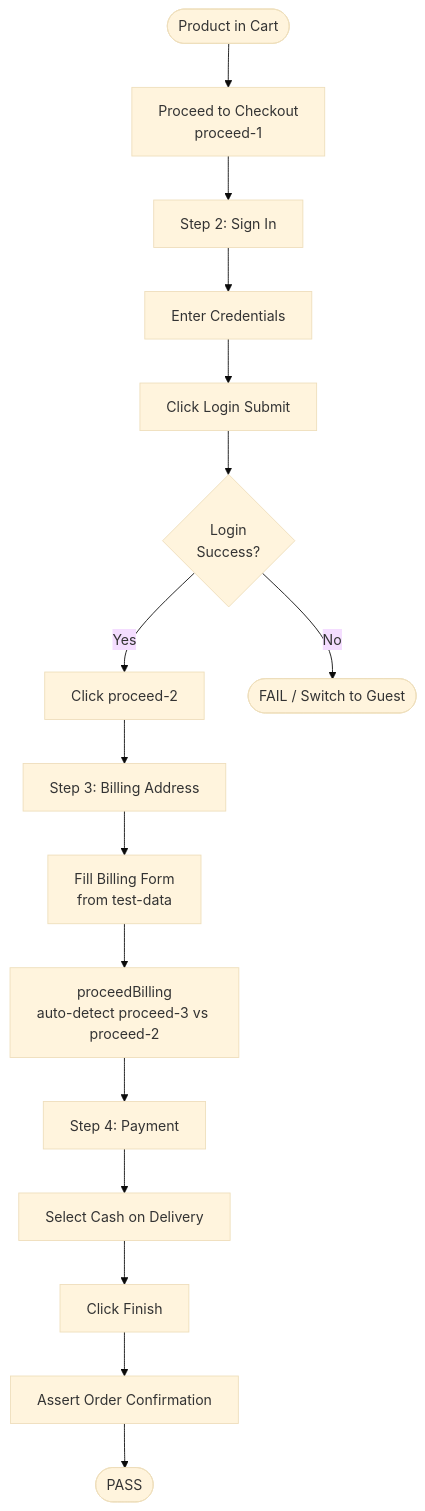
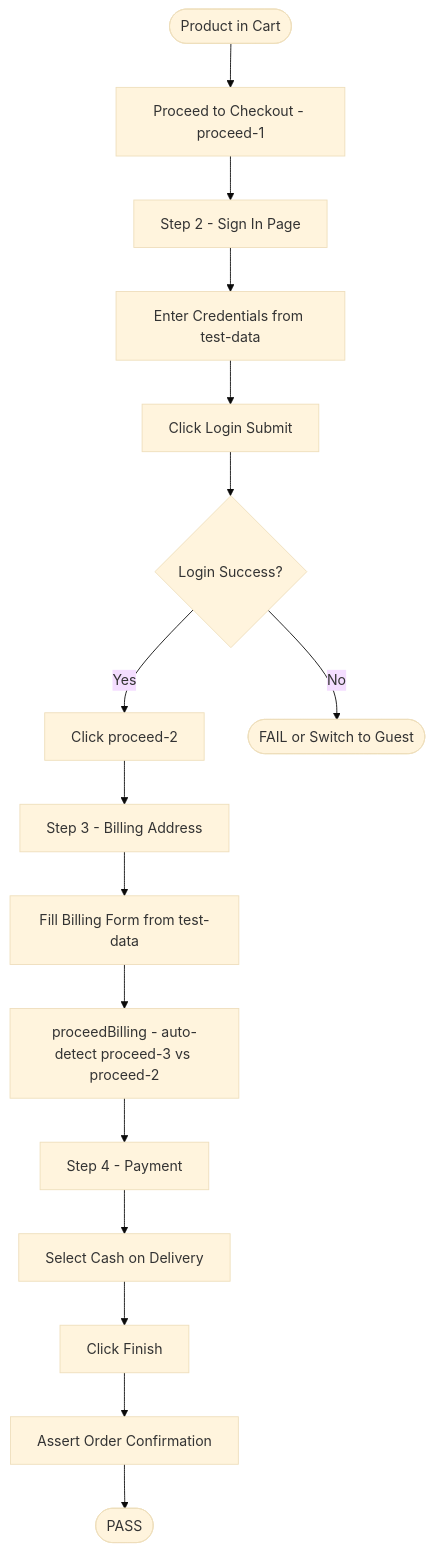
The tenth of 15 diagrams in rchitecture.md (ron457/Cucumber-Test-Ophelia), drawn with Mermaid (base theme) before and after one commit. The commit also changed other lines of this file, not shown here.

````diff
--- a/rchitecture.md
+++ b/rchitecture.md
@@ -265,18 +261,18 @@
 ```mermaid
 flowchart TD
-    A([Product in Cart]) --> B[Proceed to Checkout\nproceed-1]
-    B --> C[Step 2: Sign In]
-    C --> D[Enter Credentials]
+    A([Product in Cart]) --> B["Proceed to Checkout - proceed-1"]
+    B --> C[Step 2 - Sign In Page]
+    C --> D[Enter Credentials from test-data]
     D --> E[Click Login Submit]
-    E --> F{Login\nSuccess?}
-    F -->|Yes| G[Click proceed-2]
-    F -->|No| H([FAIL / Switch to Guest])
-    G --> I[Step 3: Billing Address]
-    I --> J[Fill Billing Form\nfrom test-data]
-    J --> K[proceedBilling\nauto-detect proceed-3 vs proceed-2]
-    K --> L[Step 4: Payment]
+    E --> F{Login Success?}
+    F -->|Yes| G["Click proceed-2"]
+    F -->|No| H([FAIL or Switch to Guest])
+    G --> I[Step 3 - Billing Address]
+    I --> J[Fill Billing Form from test-data]
+    J --> K["proceedBilling - auto-detect proceed-3 vs proceed-2"]
+    K --> L[Step 4 - Payment]
     L --> M[Select Cash on Delivery]
     M --> N[Click Finish]
     N --> O[Assert Order Confirmation]
     O --> P([PASS])
 ```
````
